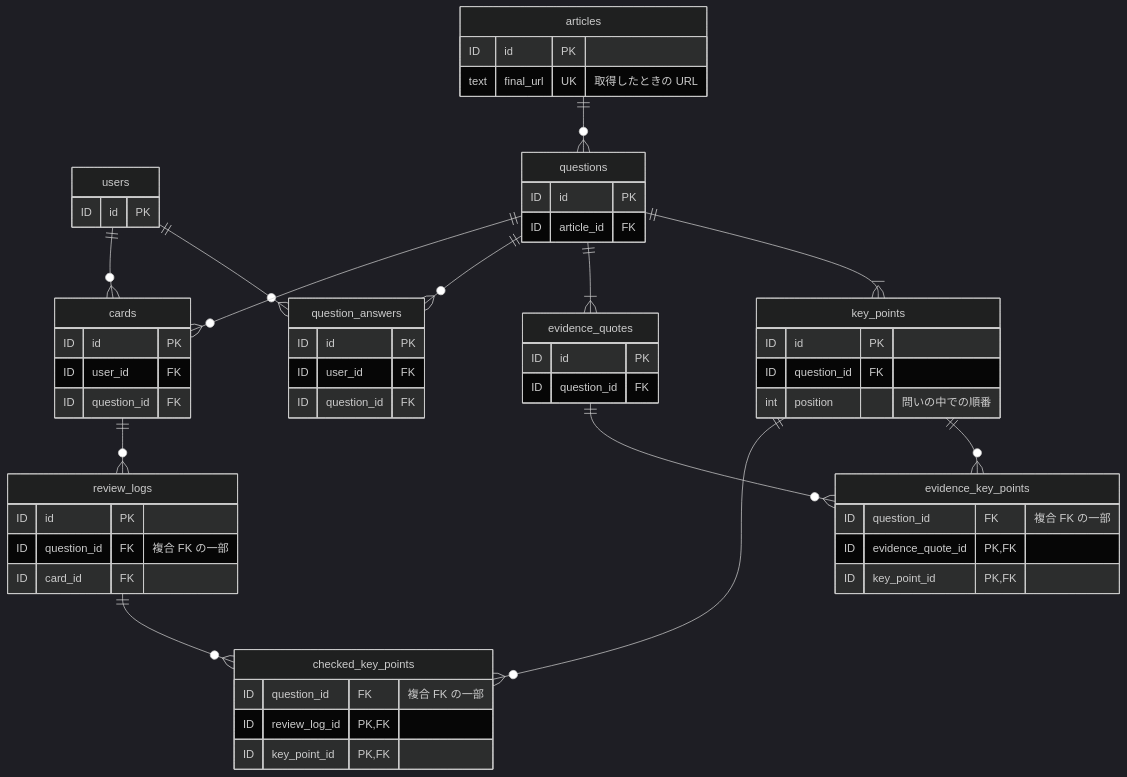
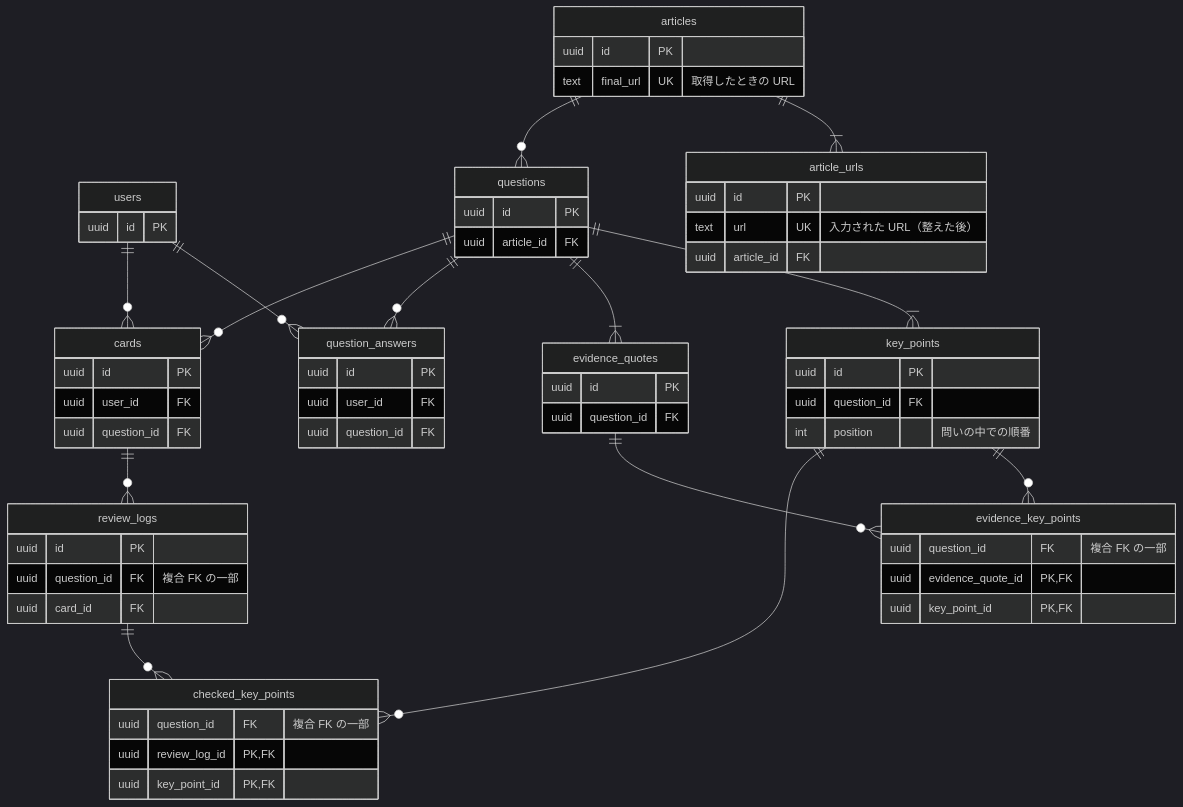
Before and after one commit to peta-skr/seidoku: the diagram in docs/data-model.md, drawn with Mermaid (dark theme). The commit also changed other lines of this file, not shown here.

Commit message:
docs: 記事を指す URL の表と、マイグレーションで決めたことをデータモデルに書く
入力された URL を記事から外して article_urls に分け、URL の整え方を決めた。
ID はどのテーブルも uuid にそろえる。記事の行の CHECK 制約と、
記事を消したときの扱いも足した。

Claude-Session: https://claude.ai/code/session_01FB9xciLVqGTX7aqxcj8AoC

````diff
--- a/docs/data-model.md
+++ b/docs/data-model.md
@@ -114,61 +132,67 @@
 ```mermaid
 erDiagram
     users ||--o{ question_answers : ""
     users ||--o{ cards : ""
+    articles ||--|{ article_urls : ""
     articles ||--o{ questions : ""
     questions ||--|{ key_points : ""
     questions ||--|{ evidence_quotes : ""
     evidence_quotes ||--o{ evidence_key_points : ""
     key_points ||--o{ evidence_key_points : ""
     questions ||--o{ question_answers : ""
     questions ||--o{ cards : ""
     cards ||--o{ review_logs : ""
     review_logs ||--o{ checked_key_points : ""
     key_points ||--o{ checked_key_points : ""
 
     users {
-        ID id PK
+        uuid id PK
     }
     articles {
-        ID id PK
+        uuid id PK
         text final_url UK "取得したときの URL"
     }
+    article_urls {
+        uuid id PK
+        text url UK "入力された URL（整えた後）"
+        uuid article_id FK
+    }
     questions {
-        ID id PK
-        ID article_id FK
+        uuid id PK
+        uuid article_id FK
     }
     key_points {
-        ID id PK
-        ID question_id FK
+        uuid id PK
+        uuid question_id FK
         int position "問いの中での順番"
     }
     evidence_quotes {
-        ID id PK
-        ID question_id FK
+        uuid id PK
+        uuid question_id FK
     }
     evidence_key_points {
-        ID question_id FK "複合 FK の一部"
-        ID evidence_quote_id PK, FK
-        ID key_point_id PK, FK
+        uuid question_id FK "複合 FK の一部"
+        uuid evidence_quote_id PK, FK
+        uuid key_point_id PK, FK
     }
     question_answers {
-        ID id PK
-        ID user_id FK
-        ID question_id FK
+        uuid id PK
+        uuid user_id FK
+        uuid question_id FK
     }
     cards {
-        ID id PK
-        ID user_id FK
-        ID question_id FK
+        uuid id PK
+        uuid user_id FK
+        uuid question_id FK
     }
     review_logs {
-        ID id PK
-        ID question_id FK "複合 FK の一部"
-        ID card_id FK
+        uuid id PK
+        uuid question_id FK "複合 FK の一部"
+        uuid card_id FK
     }
     checked_key_points {
-        ID question_id FK "複合 FK の一部"
-        ID review_log_id PK, FK
-        ID key_point_id PK, FK
+        uuid question_id FK "複合 FK の一部"
+        uuid review_log_id PK, FK
+        uuid key_point_id PK, FK
     }
 ```
````
